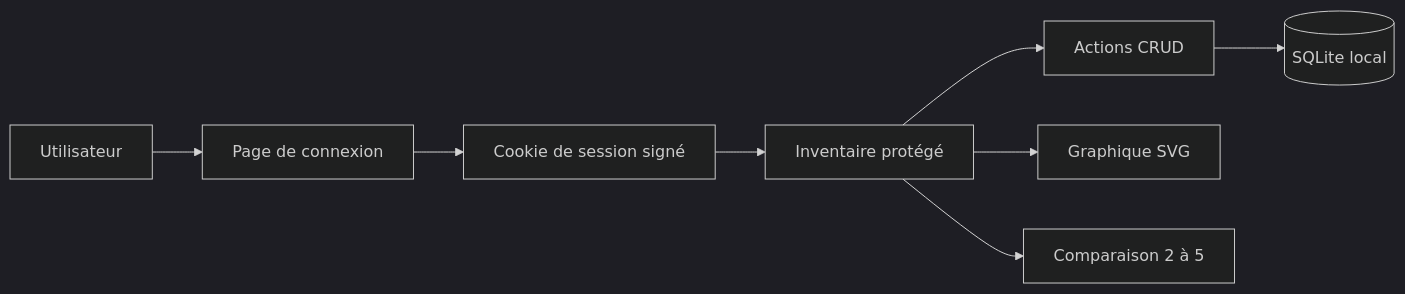
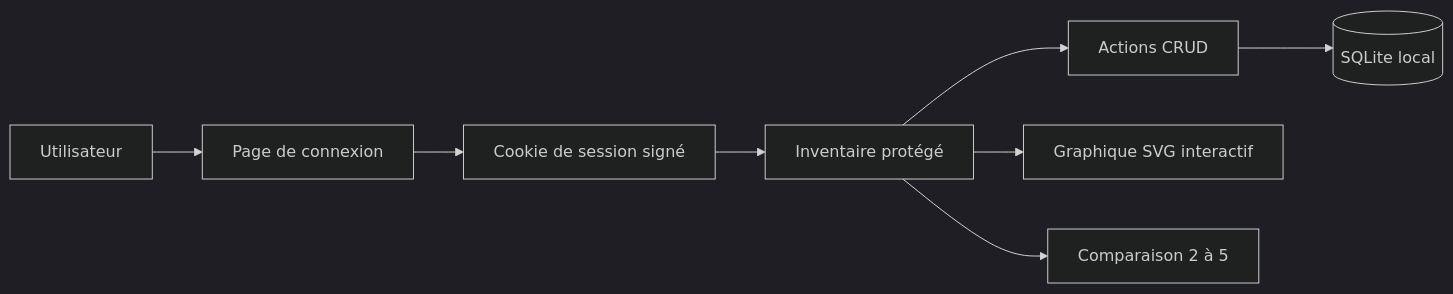
Before and after one commit to ThibaultAuge/PhotoPark: the first of 2 diagrams in README.md, drawn with Mermaid (dark theme). The commit also changed other lines of this file and 8 other files, not shown here.

Commit message:
Better chart

````diff
--- a/README.md
+++ b/README.md
@@ -29,10 +29,10 @@
 ```mermaid
 flowchart LR
     User[Utilisateur] --> Login[Page de connexion]
     Login --> Session[Cookie de session signé]
     Session --> App[Inventaire protégé]
     App --> CRUD[Actions CRUD]
     CRUD --> SQLite[(SQLite local)]
-    App --> Chart[Graphique SVG]
+    App --> Chart[Graphique SVG interactif]
     App --> Compare[Comparaison 2 à 5]
 ```
````
